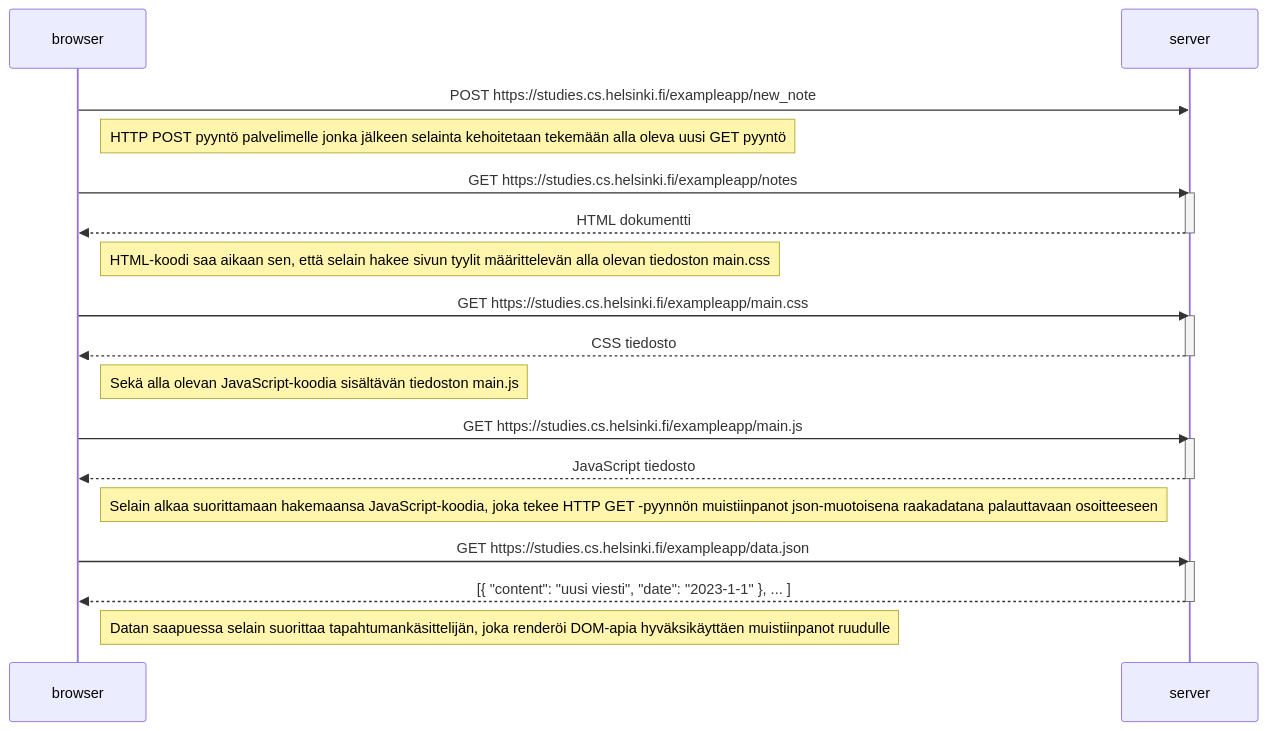
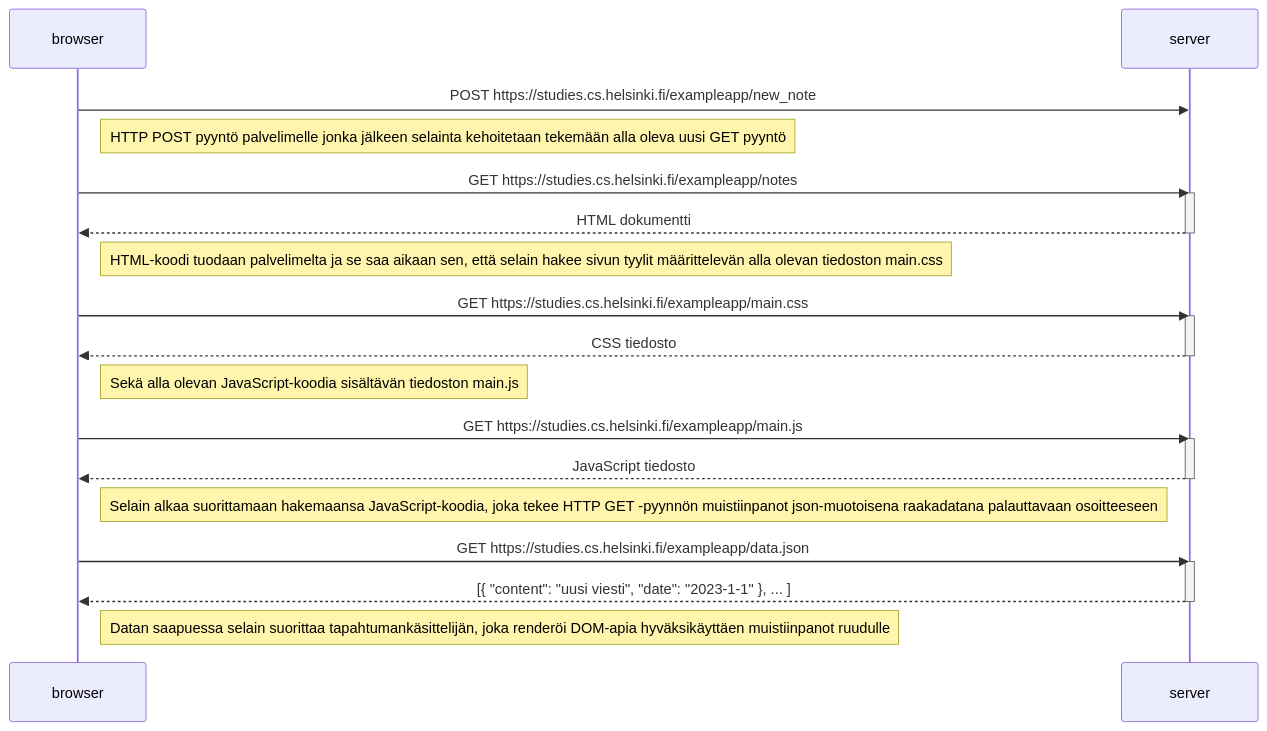
One commit to JoonasKemppainen/full-stack-open changed the diagram in osa0/osa0_4.md. Above: the diagram before and after it, drawn with Mermaid.

Commit message:
viilausta

````diff
--- a/osa0/osa0_4.md
+++ b/osa0/osa0_4.md
@@ -1,37 +1,37 @@
 ```mermaid
 sequenceDiagram
     participant browser
     participant server
     
     browser->>server: POST https://studies.cs.helsinki.fi/exampleapp/new_note
 
     Note right of browser: HTTP POST pyyntö palvelimelle jonka jälkeen selainta kehoitetaan tekemään alla oleva uusi GET pyyntö
 
     browser->>server: GET https://studies.cs.helsinki.fi/exampleapp/notes
     activate server
     server-->>browser: HTML dokumentti
     deactivate server
 
-    Note right of browser: HTML-koodi saa aikaan sen, että selain hakee sivun tyylit määrittelevän alla olevan tiedoston main.css
+    Note right of browser: HTML-koodi tuodaan palvelimelta ja se saa aikaan sen, että selain hakee sivun tyylit määrittelevän alla olevan tiedoston main.css
     
     browser->>server: GET https://studies.cs.helsinki.fi/exampleapp/main.css
     activate server
     server-->>browser: CSS tiedosto
     deactivate server
 
     Note right of browser: Sekä alla olevan JavaScript-koodia sisältävän tiedoston main.js
     
     browser->>server: GET https://studies.cs.helsinki.fi/exampleapp/main.js
     activate server
     server-->>browser: JavaScript tiedosto
     deactivate server
     
     Note right of browser: Selain alkaa suorittamaan hakemaansa JavaScript-koodia, joka tekee HTTP GET -pyynnön muistiinpanot json-muotoisena raakadatana palauttavaan osoitteeseen
     
     browser->>server: GET https://studies.cs.helsinki.fi/exampleapp/data.json
     activate server
     server-->>browser: [{ "content": "uusi viesti", "date": "2023-1-1" }, ... ]
     deactivate server    
 
     Note right of browser: Datan saapuessa selain suorittaa tapahtumankäsittelijän, joka renderöi DOM-apia hyväksikäyttäen muistiinpanot ruudulle
 ```
````
